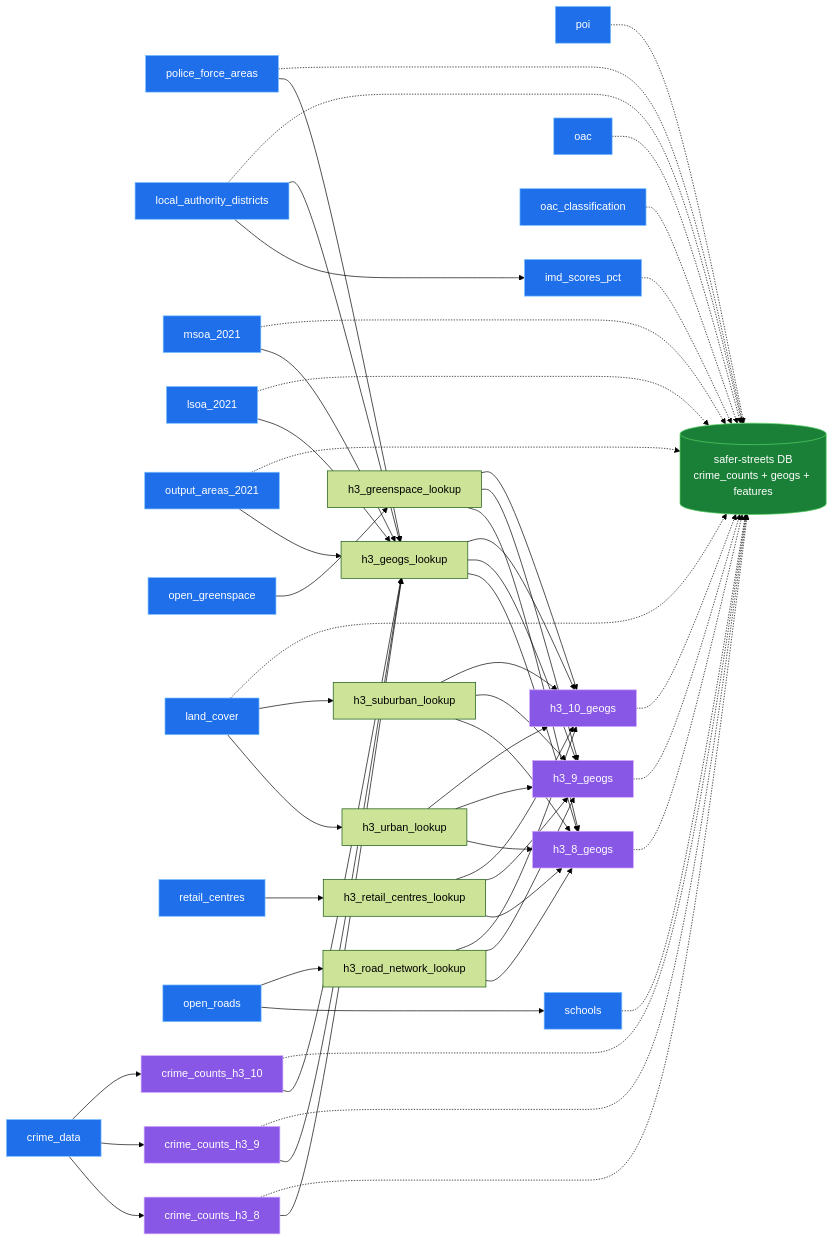
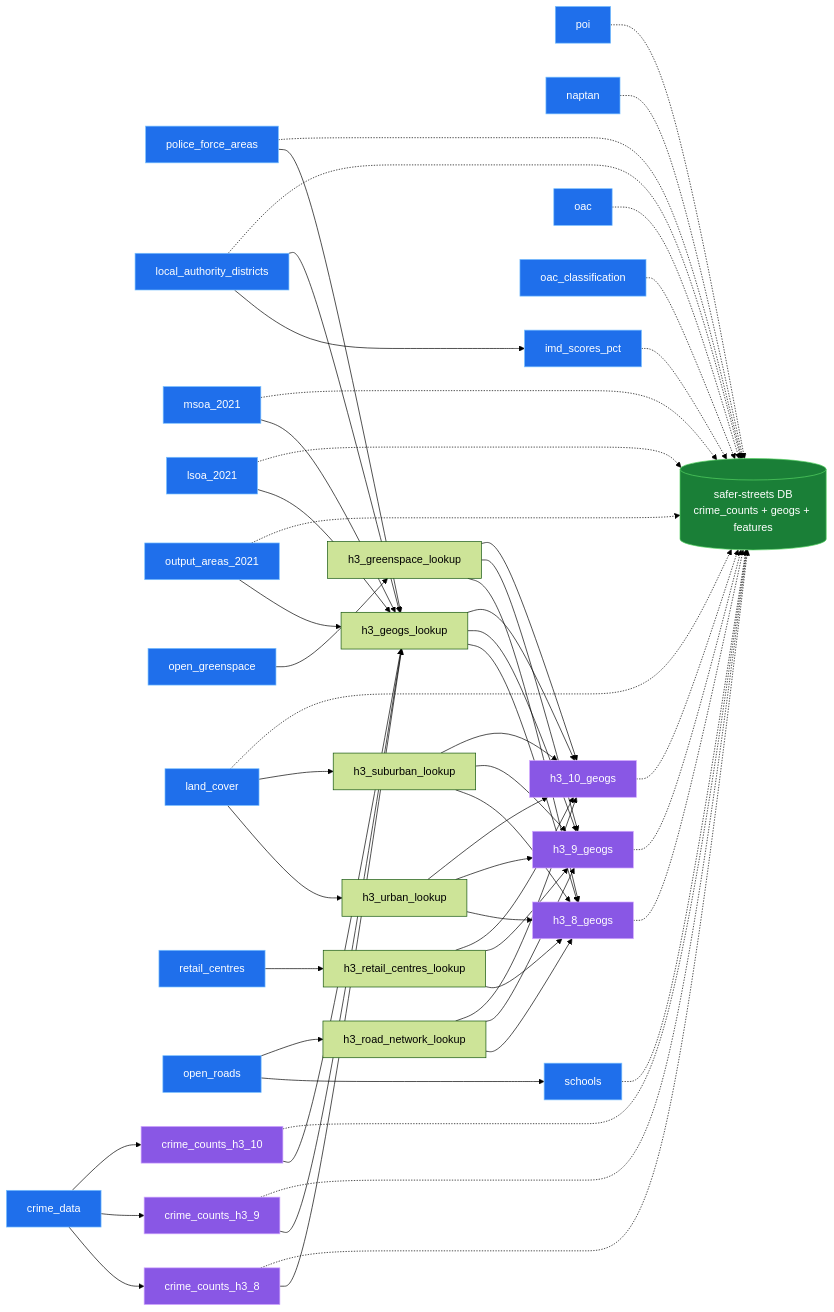
Before and after one commit to safer-streets/safer-streets-tooling: the diagram in README.md, drawn with Mermaid (forest theme). The commit also changed other lines of this file and 6 other files, not shown here.

First line of the commit message:
feat: add NAPTAN transport stops to the extract (#3)

````diff
--- a/README.md
+++ b/README.md
@@ -56,6 +56,7 @@
    retail_centres
    open_roads
    poi
+   naptan
    schools
    imd_scores_pct
    oac
@@ -131,6 +132,7 @@
     output_areas_2021 -.-> database
     schools -.-> database
     poi -.-> database
+    naptan -.-> database
     imd_scores_pct -.-> database
     land_cover -.-> database
     oac -.-> database
@@ -140,7 +142,7 @@
     classDef extract fill:#1f6feb,stroke:#79c0ff,stroke-width:1px,color:#ffffff;
     classDef transform fill:#8957e5,stroke:#d2a8ff,stroke-width:1px,color:#ffffff;
     classDef load fill:#1a7f37,stroke:#56d364,stroke-width:1px,color:#ffffff;
-    class crime_data,police_force_areas,local_authority_districts,msoa_2021,lsoa_2021,output_areas_2021,open_greenspace,land_cover,retail_centres,open_roads,poi,schools,imd_scores_pct,oac,oac_classification extract;
+    class crime_data,police_force_areas,local_authority_districts,msoa_2021,lsoa_2021,output_areas_2021,open_greenspace,land_cover,retail_centres,open_roads,poi,naptan,schools,imd_scores_pct,oac,oac_classification extract;
     class crime_counts_h3_8,crime_counts_h3_9,crime_counts_h3_10,h3_8_geogs,h3_9_geogs,h3_10_geogs transform;
     class database load;
 ```
````
